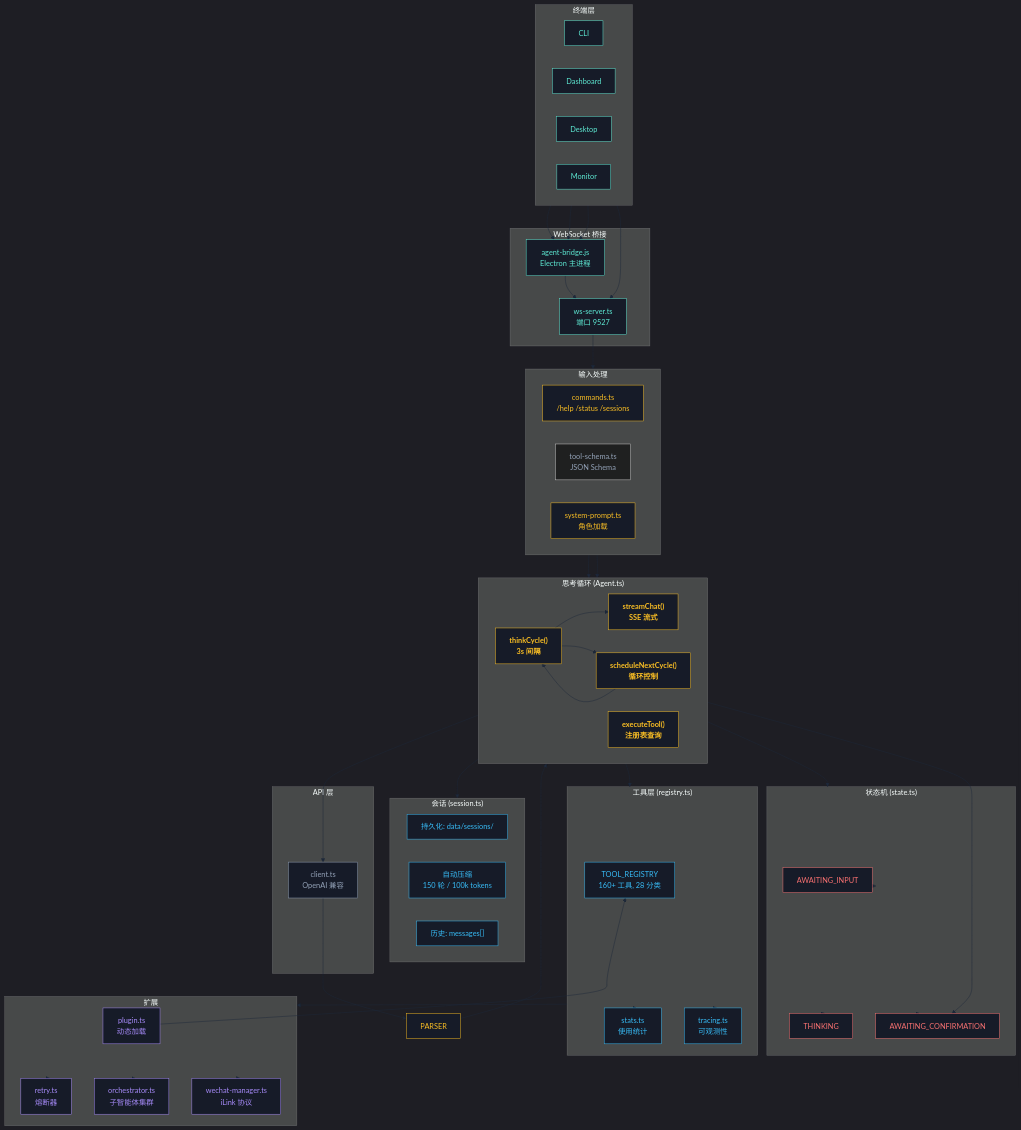
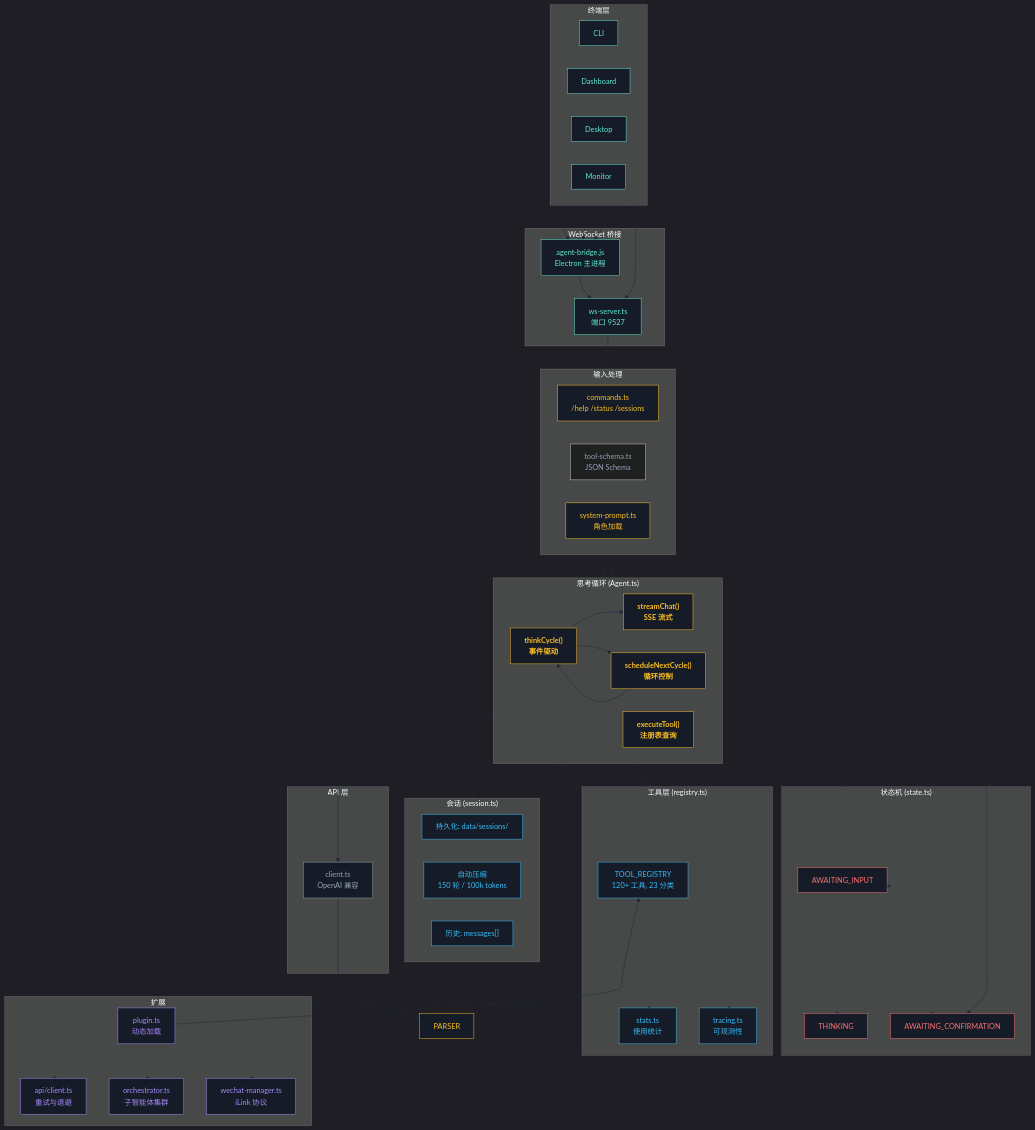
One commit to 1486853830/CogitoAgent changed the second of 3 diagrams in README.zh.md. Above: the diagram before and after it, drawn with Mermaid. The commit also changed other lines of this file and 15 other files, not shown here.

```diff
--- a/README.zh.md
+++ b/README.zh.md
@@ -282,7 +263,7 @@
 
     subgraph CORE["思考循环 (Agent.ts)"]
         direction LR
-        THINK["thinkCycle()<br/>3s 间隔"]
+        THINK["thinkCycle()<br/>事件驱动"]
         STREAM["streamChat()<br/>SSE 流式"]
         EXEC["executeTool()<br/>注册表查询"]
         CYCLE["scheduleNextCycle()<br/>循环控制"]
@@ -301,14 +282,14 @@
     end
 
     subgraph TOOLS["工具层 (registry.ts)"]
-        REG["TOOL_REGISTRY<br/>160+ 工具, 28 分类"]
+        REG["TOOL_REGISTRY<br/>120+ 工具, 23 分类"]
         STATS["stats.ts<br/>使用统计"]
         TRACE["tracing.ts<br/>可观测性"]
     end
 
     subgraph EXT["扩展"]
         PLUGIN["plugin.ts<br/>动态加载"]
-        RETRY["retry.ts<br/>熔断器"]
+        RETRY["api/client.ts<br/>重试与退避"]
         CLUSTER["orchestrator.ts<br/>子智能体集群"]
         WECHAT["wechat-manager.ts<br/>iLink 协议"]
     end
```
